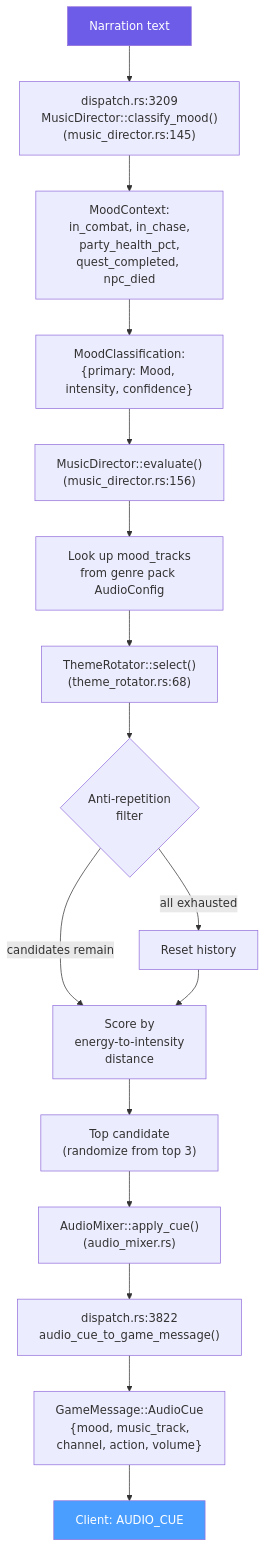
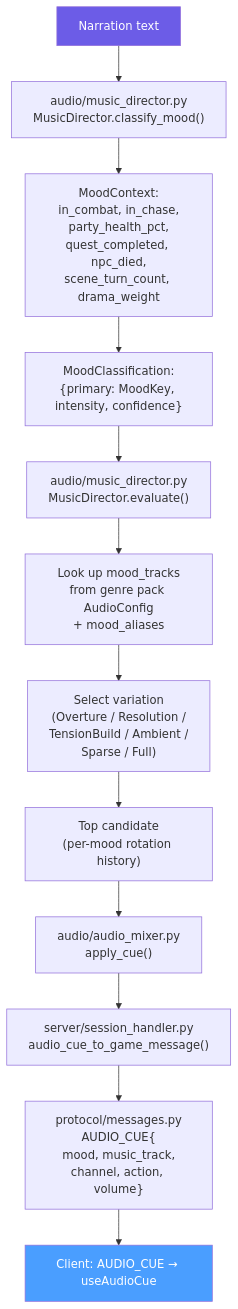
The fourth of 15 diagrams in docs/wiring-diagrams.md (slabgorb/sidequest), drawn with Mermaid before and after one commit. The commit also changed other lines of this file and 4 other files, not shown here.

````diff
--- a/docs/wiring-diagrams.md
+++ b/docs/wiring-diagrams.md
@@ -279,25 +289,21 @@
 ```mermaid
 flowchart TD
-    A["Narration text"] --> B["dispatch.rs:3209<br/>MusicDirector::classify_mood()<br/>(music_director.rs:145)"]
+    A["Narration text"] --> B["audio/music_director.py<br/>MusicDirector.classify_mood()"]
 
-    B --> C["MoodContext:<br/>in_combat, in_chase,<br/>party_health_pct,<br/>quest_completed, npc_died"]
-    C --> D["MoodClassification:<br/>{primary: Mood, intensity, confidence}"]
+    B --> C["MoodContext:<br/>in_combat, in_chase,<br/>party_health_pct,<br/>quest_completed, npc_died,<br/>scene_turn_count, drama_weight"]
+    C --> D["MoodClassification:<br/>{primary: MoodKey, intensity, confidence}"]
 
-    D --> E["MusicDirector::evaluate()<br/>(music_director.rs:156)"]
-    E --> F["Look up mood_tracks<br/>from genre pack AudioConfig"]
-    F --> G["ThemeRotator::select()<br/>(theme_rotator.rs:68)"]
+    D --> E["audio/music_director.py<br/>MusicDirector.evaluate()"]
+    E --> F["Look up mood_tracks<br/>from genre pack AudioConfig<br/>+ mood_aliases"]
+    F --> G["Select variation<br/>(Overture / Resolution /<br/>TensionBuild / Ambient /<br/>Sparse / Full)"]
 
-    G --> H{"Anti-repetition<br/>filter"}
-    H -->|"all exhausted"| I["Reset history"]
-    H -->|"candidates remain"| J["Score by<br/>energy-to-intensity<br/>distance"]
-    I --> J
-    J --> K["Top candidate<br/>(randomize from top 3)"]
+    G --> K["Top candidate<br/>(per-mood rotation history)"]
 
-    K --> L["AudioMixer::apply_cue()<br/>(audio_mixer.rs)"]
-    L --> M["dispatch.rs:3822<br/>audio_cue_to_game_message()"]
-    M --> N["GameMessage::AudioCue<br/>{mood, music_track,<br/>channel, action, volume}"]
-    N --> O["Client: AUDIO_CUE"]
+    K --> L["audio/audio_mixer.py<br/>apply_cue()"]
+    L --> M["server/session_handler.py<br/>audio_cue_to_game_message()"]
+    M --> N["protocol/messages.py<br/>AUDIO_CUE{<br/>mood, music_track,<br/>channel, action, volume}"]
+    N --> O["Client: AUDIO_CUE → useAudioCue"]
 
     style A fill:#6c5ce7,color:#fff
     style O fill:#4a9eff,color:#fff
 ```
````
